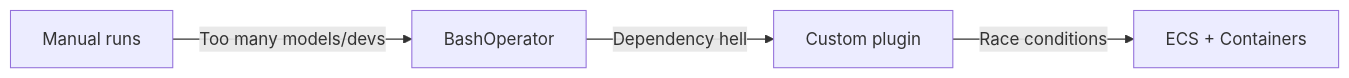
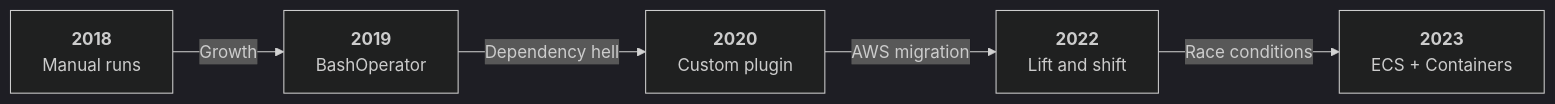
Before and after one commit to verhey/dbt-meetup-slides: the first of 5 diagrams in slides.md, drawn with Mermaid. The commit also changed other lines of this file, not shown here.

Commit message:
Apply feedback, finish up timeline slides

````diff
--- a/slides.md
+++ b/slides.md
@@ -354,4 +414,9 @@
 ```mermaid
+%%{init: {'theme':'dark'}}%%
 flowchart LR
-   A[Manual runs] -- Too many models/devs --> B[BashOperator] -- Dependency hell --> C[Custom plugin] -- Race conditions --> D[ECS + Containers]
+   A[<b>2018</b> \n Manual runs] -- Growth
+   --> B[<b>2019</b> \n BashOperator] -- Dependency hell
+   --> C[<b>2020</b> \n Custom plugin] -- AWS migration
+   --> D[<b>2022</b> \n Lift and shift] -- Race conditions
+   --> E[<b>2023</b> \n ECS + Containers]
 ```
````
